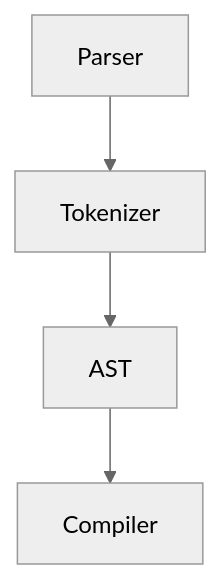
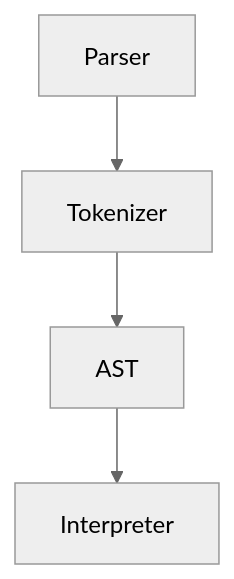
Before and after one commit to fordaj/barnacle: the diagram in README.md, drawn with Mermaid (neutral theme). The commit also changed other lines of this file, not shown here.

````diff
--- a/README.md
+++ b/README.md
@@ -135,6 +129,6 @@
 ```mermaid
 flowchart TD
     A[Parser] --> B[Tokenizer]
     B --> C[AST]
-    C --> D[Compiler]
+    C --> D[Interpreter]
 ```
````
